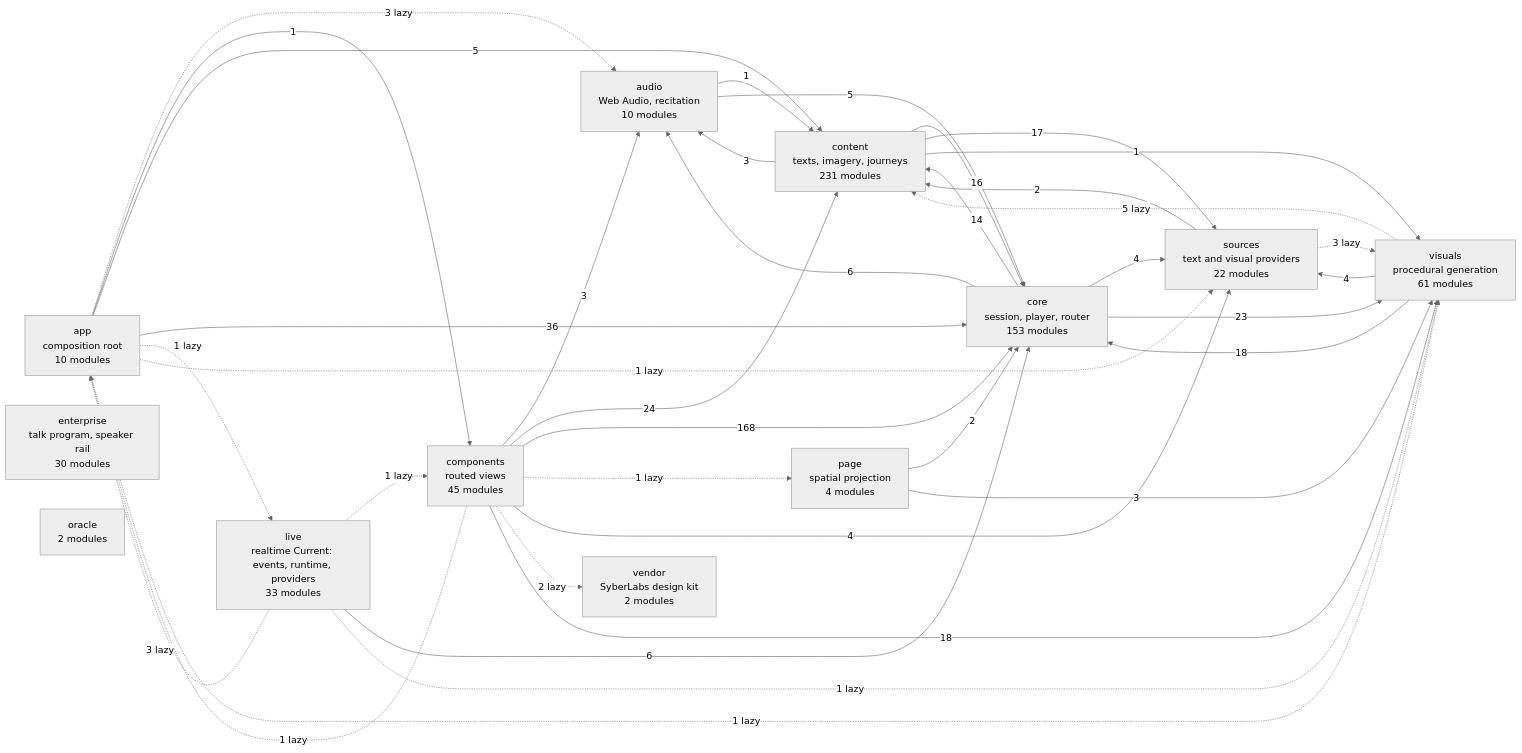
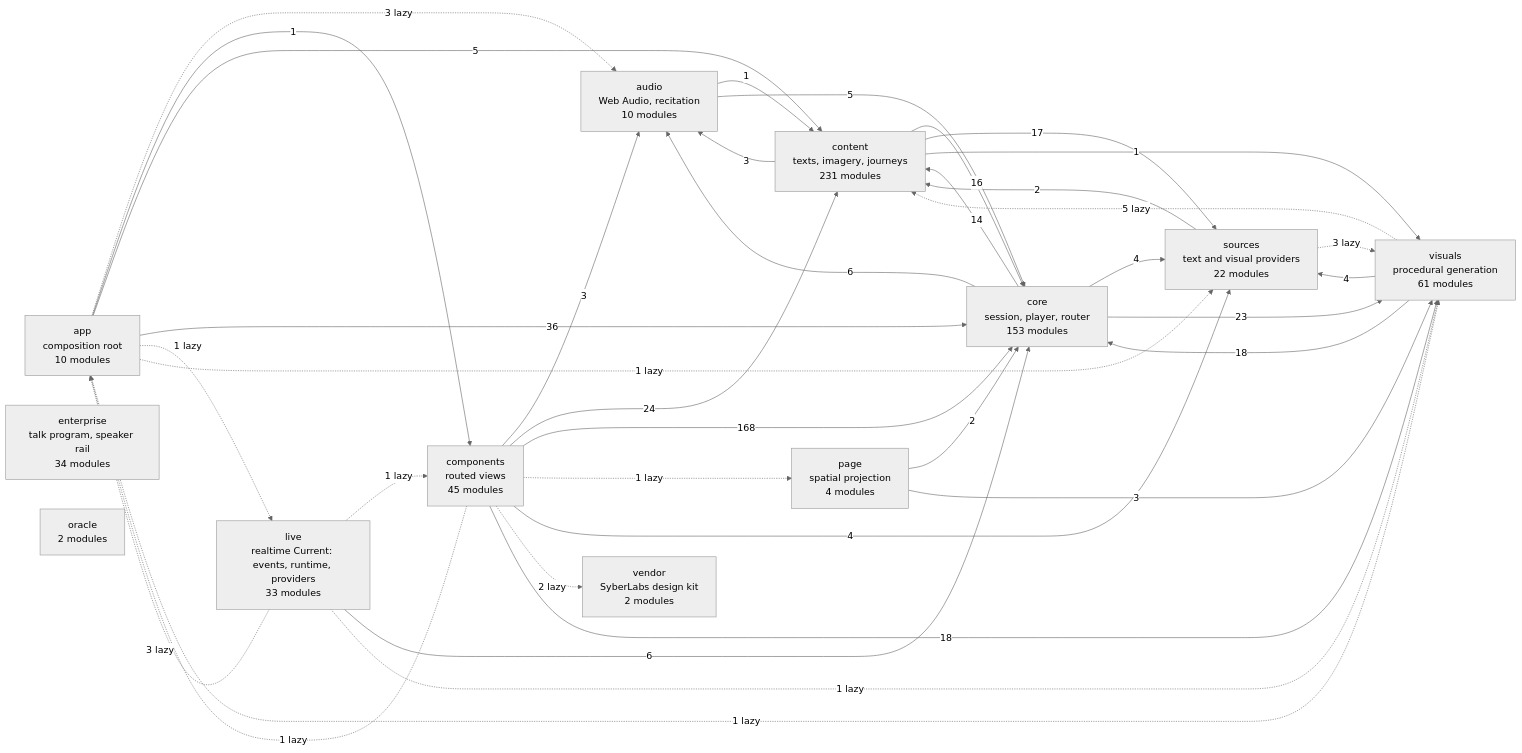
One commit to SyberLabs/RISE changed the diagram in docs/specs/ARCHITECTURE.md. Above: the diagram before and after it, drawn with Mermaid (neutral theme). The commit also changed 26 other files, not shown here.

````diff
--- a/docs/specs/ARCHITECTURE.md
+++ b/docs/specs/ARCHITECTURE.md
@@ -160,52 +160,52 @@
 ```mermaid
 flowchart LR
     app["app<br/>composition root<br/>10 modules"]
     audio["audio<br/>Web Audio, recitation<br/>10 modules"]
     components["components<br/>routed views<br/>45 modules"]
     content["content<br/>texts, imagery, journeys<br/>231 modules"]
     core["core<br/>session, player, router<br/>153 modules"]
-    enterprise["enterprise<br/>talk program, speaker rail<br/>30 modules"]
+    enterprise["enterprise<br/>talk program, speaker rail<br/>34 modules"]
     live["live<br/>realtime Current: events, runtime, providers<br/>33 modules"]
     oracle["oracle<br/>2 modules"]
     page["page<br/>spatial projection<br/>4 modules"]
     sources["sources<br/>text and visual providers<br/>22 modules"]
     vendor["vendor<br/>SyberLabs design kit<br/>2 modules"]
     visuals["visuals<br/>procedural generation<br/>61 modules"]
 
     app -.-> |3 lazy| audio
     app --> |1| components
     app --> |5| content
     app --> |36| core
     app -.-> |1 lazy| live
     app -.-> |1 lazy| sources
     app -.-> |1 lazy| visuals
     audio --> |1| content
     audio --> |5| core
     components -.-> |1 lazy| app
     components --> |3| audio
     components --> |24| content
     components --> |168| core
     components -.-> |1 lazy| page
     components --> |4| sources
     components -.-> |2 lazy| vendor
     components --> |18| visuals
     content --> |3| audio
     content --> |16| core
     content --> |17| sources
     content --> |1| visuals
     core --> |6| audio
     core --> |14| content
     core --> |4| sources
     core --> |23| visuals
     live -.-> |3 lazy| app
     live -.-> |1 lazy| components
     live --> |6| core
     live -.-> |1 lazy| visuals
     page --> |2| core
     page --> |3| visuals
     sources --> |2| content
     sources -.-> |3 lazy| visuals
     visuals -.-> |5 lazy| content
     visuals --> |18| core
     visuals --> |4| sources
 ```
````
